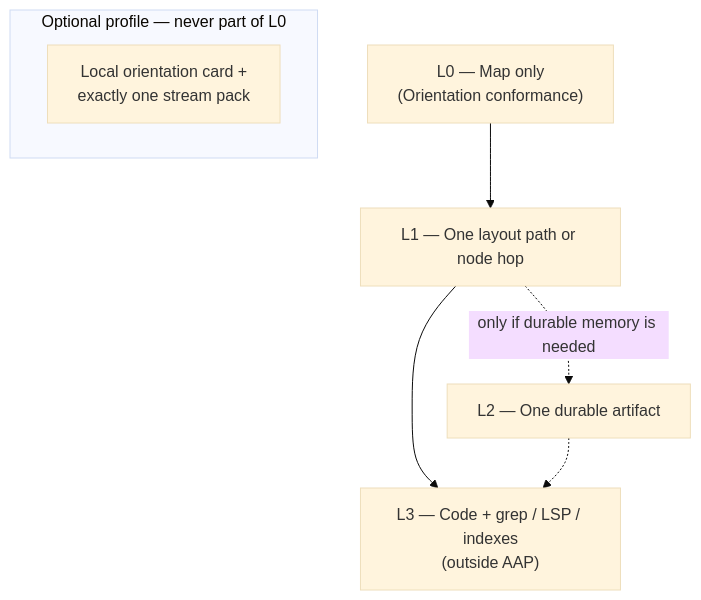
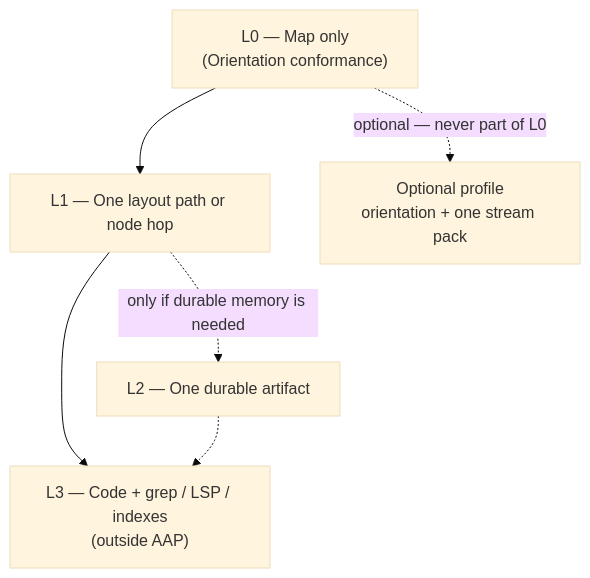
One commit to gitpash/agent-artifact-protocol changed the second of 5 diagrams in README.md. Above: the diagram before and after it, drawn with Mermaid (base theme). The commit also changed other lines of this file, not shown here.

First line of the commit message:
docs(readme): finish review nits — access/write, diagrams, pin, scope

````diff
--- a/README.md
+++ b/README.md
@@ -93,16 +101,14 @@
 ```mermaid
 flowchart TD
   L0["L0 — Map only<br/>(Orientation conformance)"]
   L1["L1 — One layout path or node hop"]
   L2["L2 — One durable artifact"]
   L3["L3 — Code + grep / LSP / indexes<br/>(outside AAP)"]
+  P["Optional profile<br/>orientation + one stream pack"]
 
   L0 --> L1
   L1 --> L3
   L1 -.->|only if durable memory is needed| L2
   L2 -.-> L3
-
-  subgraph side [Optional profile — never part of L0]
-    P["Local orientation card +<br/>exactly one stream pack"]
-  end
+  L0 -.->|optional — never part of L0| P
 ```
````
